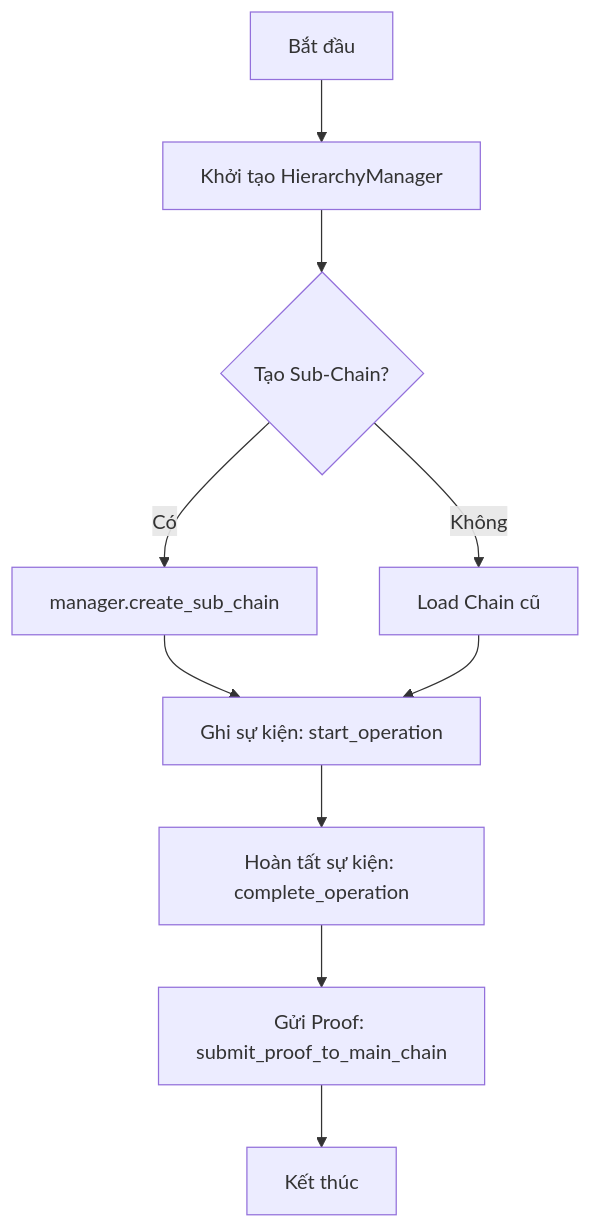
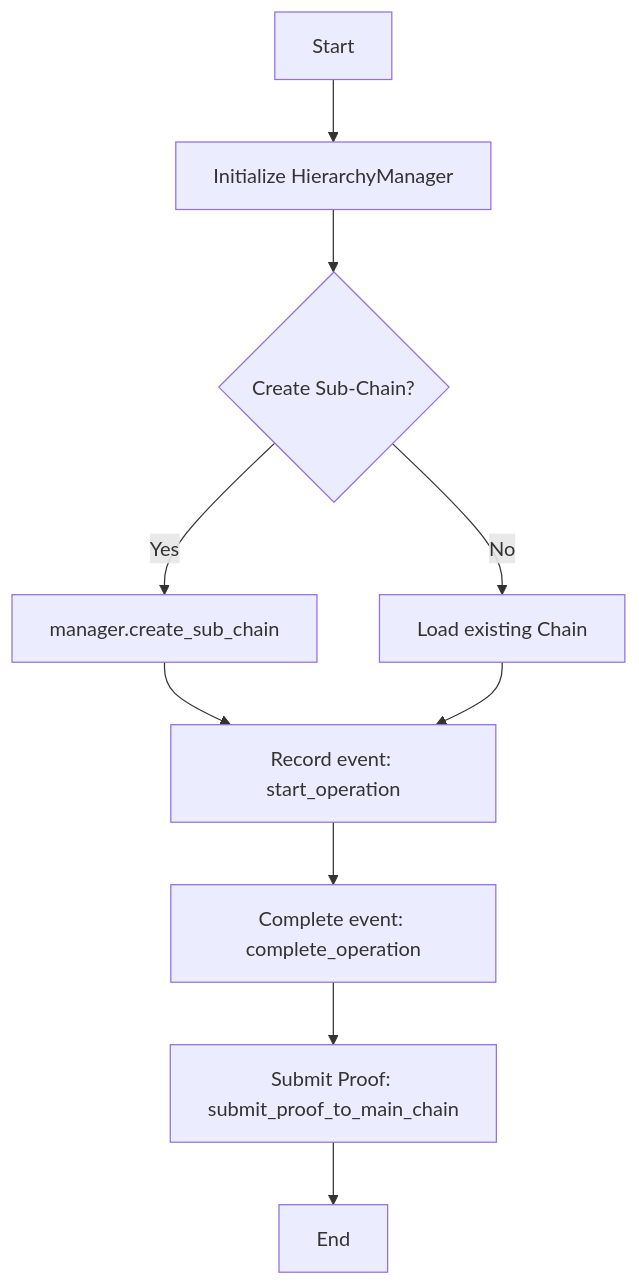
The diagram in docs/vi/how-to/add-domain-chain.md (VanDung-dev/HieraChain), drawn with Mermaid before and after one commit. The commit also changed other lines of this file and 158 other files, not shown here.

````diff
--- a/docs/vi/how-to/add-domain-chain.md
+++ b/docs/vi/how-to/add-domain-chain.md
@@ -20,12 +23,12 @@
 ```mermaid
 flowchart TD
-    Start[Bắt đầu] --> Init[Khởi tạo HierarchyManager]
-    Init --> Create{Tạo Sub-Chain?}
-    Create -- Có --> NewChain[manager.create_sub_chain]
-    Create -- Không --> LoadChain[Load Chain cũ]
-    NewChain --> Op[Ghi sự kiện: start_operation]
+    Start[Start] --> Init[Initialize HierarchyManager]
+    Init --> Create{Create Sub-Chain?}
+    Create -- Yes --> NewChain[manager.create_sub_chain]
+    Create -- No --> LoadChain[Load existing Chain]
+    NewChain --> Op[Record event: start_operation]
     LoadChain --> Op
-    Op --> Complete[Hoàn tất sự kiện: complete_operation]
-    Complete --> Proof[Gửi Proof: submit_proof_to_main_chain]
-    Proof --> End[Kết thúc]
+    Op --> Complete[Complete event: complete_operation]
+    Complete --> Proof[Submit Proof: submit_proof_to_main_chain]
+    Proof --> End[End]
 ```
````
